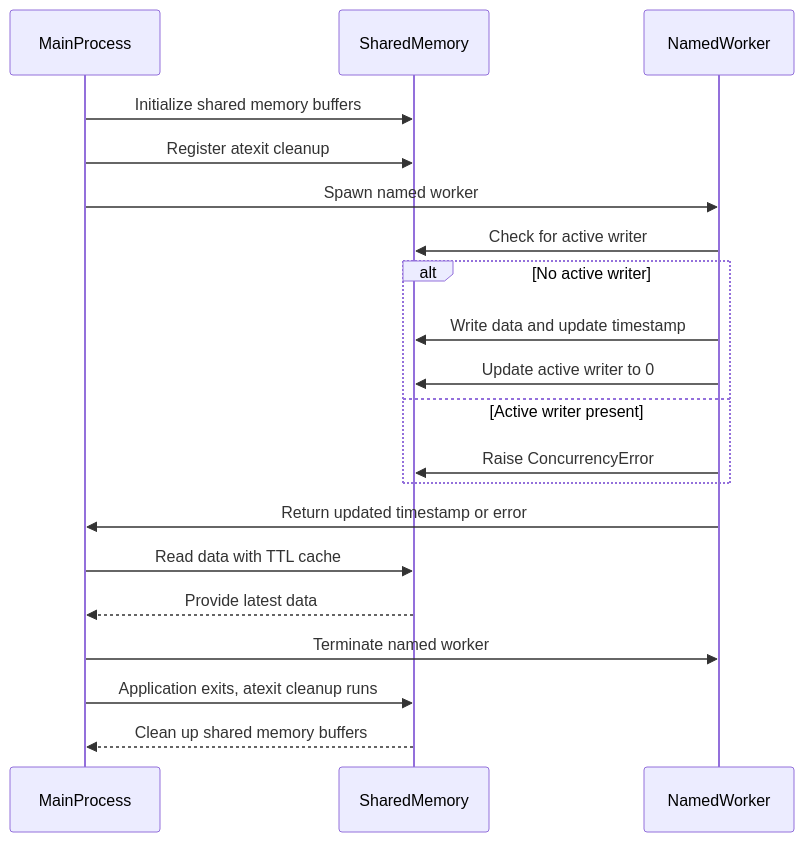
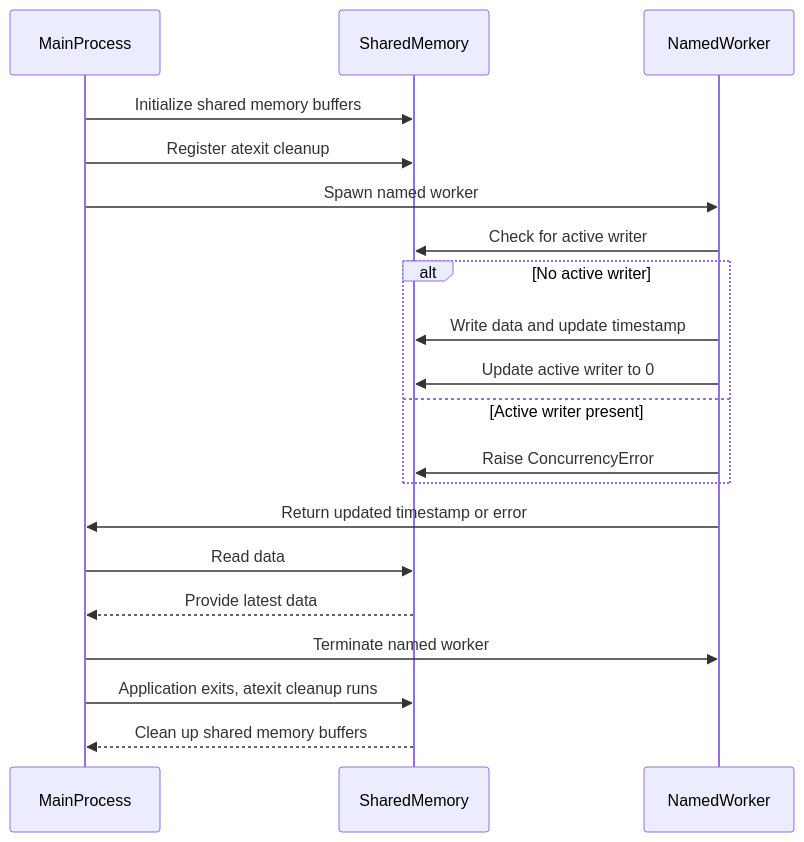
Before and after one commit to diemenator/monmodel: the fourth of 4 diagrams in docs/oath.md, drawn with Mermaid.

````diff
--- a/docs/oath.md
+++ b/docs/oath.md
@@ -279,28 +279,28 @@
 ```mermaid
 sequenceDiagram
     participant MainProcess
     participant SharedMemory
     participant NamedWorker
 
     MainProcess ->> SharedMemory: Initialize shared memory buffers
     MainProcess ->> SharedMemory: Register atexit cleanup
     MainProcess ->> NamedWorker: Spawn named worker
 
     NamedWorker ->> SharedMemory: Check for active writer
     alt No active writer
         NamedWorker ->> SharedMemory: Write data and update timestamp
         NamedWorker ->> SharedMemory: Update active writer to 0
     else Active writer present
         NamedWorker ->> SharedMemory: Raise ConcurrencyError
     end
 
     NamedWorker ->> MainProcess: Return updated timestamp or error
 
-    MainProcess ->> SharedMemory: Read data with TTL cache
+    MainProcess ->> SharedMemory: Read data
     SharedMemory -->> MainProcess: Provide latest data
 
     MainProcess ->> NamedWorker: Terminate named worker
 
     MainProcess ->> SharedMemory: Application exits, atexit cleanup runs
     SharedMemory -->> MainProcess: Clean up shared memory buffers
 ```
````
